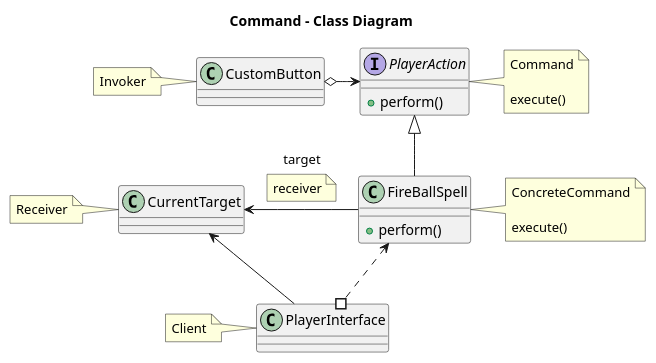
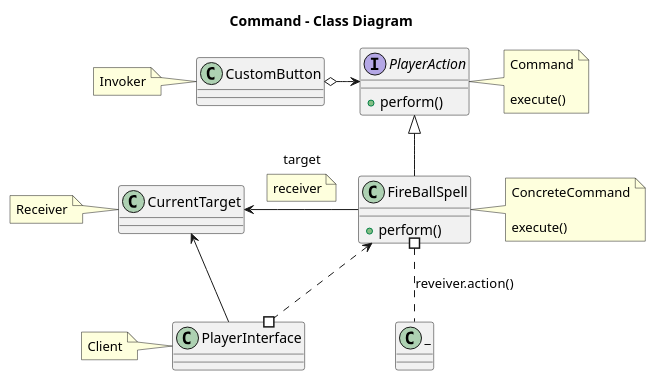
The diagram in static/command.puml (sratatata/space-invaders), drawn with PlantUML before and after one commit. The commit also changed 2 other files, not shown here.

```diff
--- a/static/command.puml
+++ b/static/command.puml
@@ -1,51 +1,52 @@
 @startuml
 
 title Command - Class Diagram
 
 class CustomButton
 note left of CustomButton
     Invoker
 end note
 
 
 interface PlayerAction {
   + perform()
 }
 note right of PlayerAction
     Command
     
     execute()
 end note
 
 
 class FireBallSpell {
   + perform()
 }
 note right of FireBallSpell
     ConcreteCommand
     
     execute()
 end note
 
 
 class CurrentTarget
 note left of CurrentTarget
     Receiver
 end note
 
 
 class PlayerInterface
 note left of PlayerInterface
     Client
 end note
 
 
 CustomButton o-> PlayerAction
 PlayerAction <|-down- FireBallSpell
 CurrentTarget <- FireBallSpell : target
 note bottom on link: receiver  
 PlayerInterface -up-> CurrentTarget 
 PlayerInterface #.up.> FireBallSpell
+FireBallSpell #.down.  _:reveiver.action()
 
 
 @enduml
```
